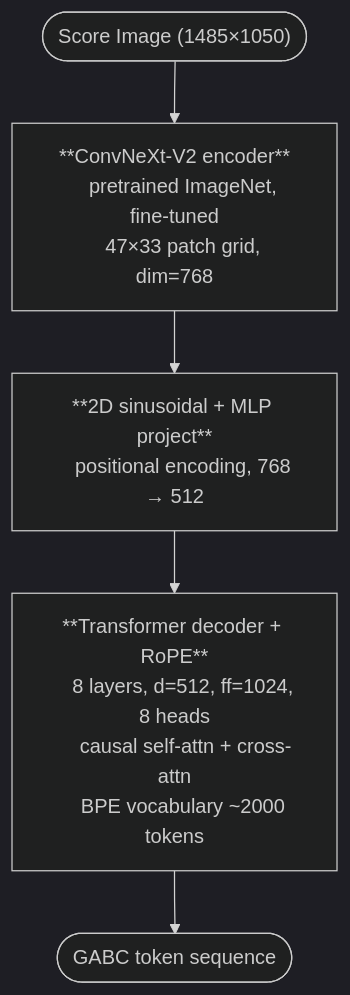
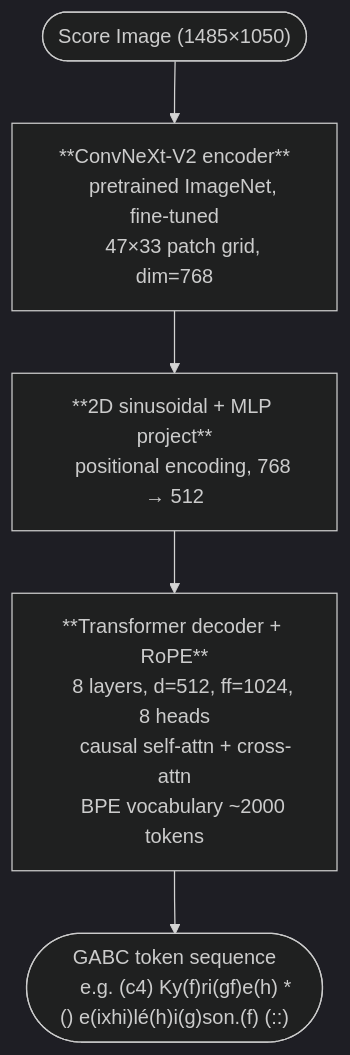
One commit to pgarciaq/chant-omr changed the first of 2 diagrams in README.md. Above: the diagram before and after it, drawn with Mermaid (dark theme).

Commit message:
Add GABC example back to architecture diagram output node

````diff
--- a/README.md
+++ b/README.md
@@ -23,16 +23,17 @@
 ```mermaid
 flowchart TD
     A(["Score Image (1485×1050)"])
     B["**ConvNeXt-V2 encoder**
     pretrained ImageNet, fine-tuned
     47×33 patch grid, dim=768"]
     C["**2D sinusoidal + MLP project**
     positional encoding, 768 → 512"]
     D["**Transformer decoder + RoPE**
     8 layers, d=512, ff=1024, 8 heads
     causal self-attn + cross-attn
     BPE vocabulary ~2000 tokens"]
-    E(["GABC token sequence"])
+    E(["GABC token sequence
+    e.g. (c4) Ky(f)ri(gf)e(h) *() e(ixhi)lé(h)i(g)son.(f) (::)"])
 
     A --> B --> C --> D --> E
 ```
````
